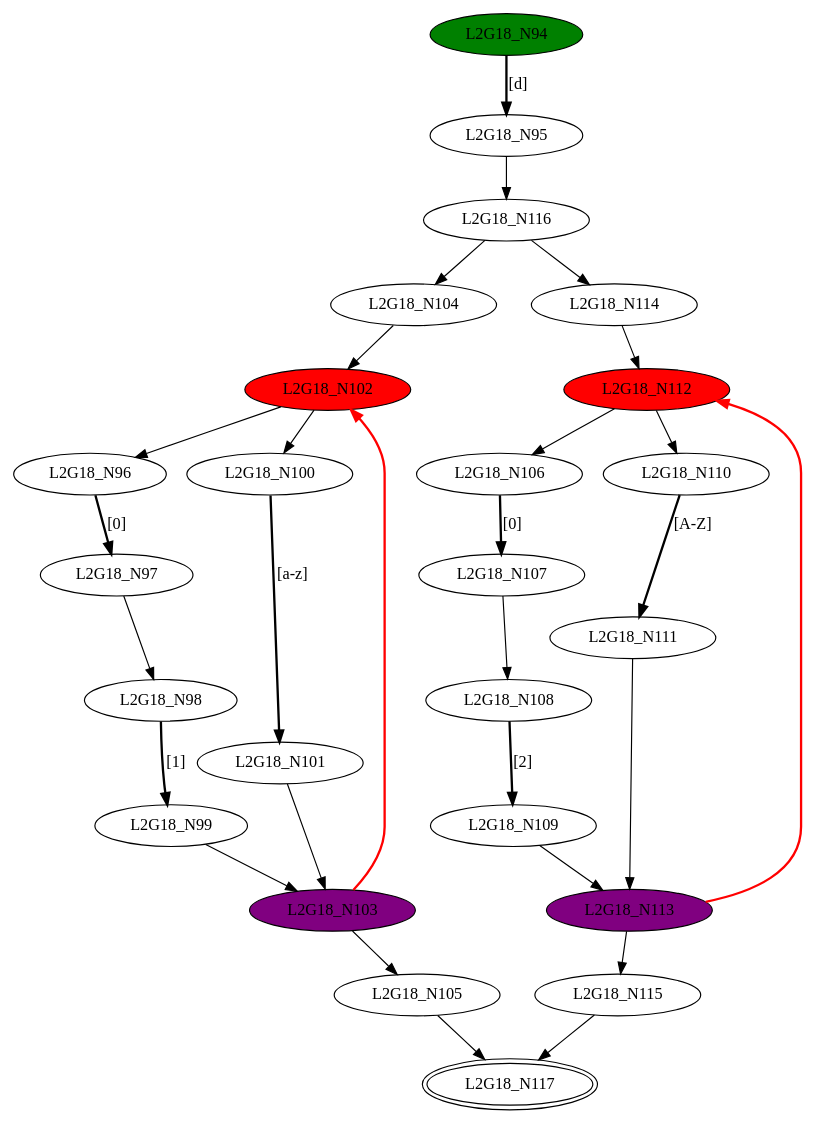
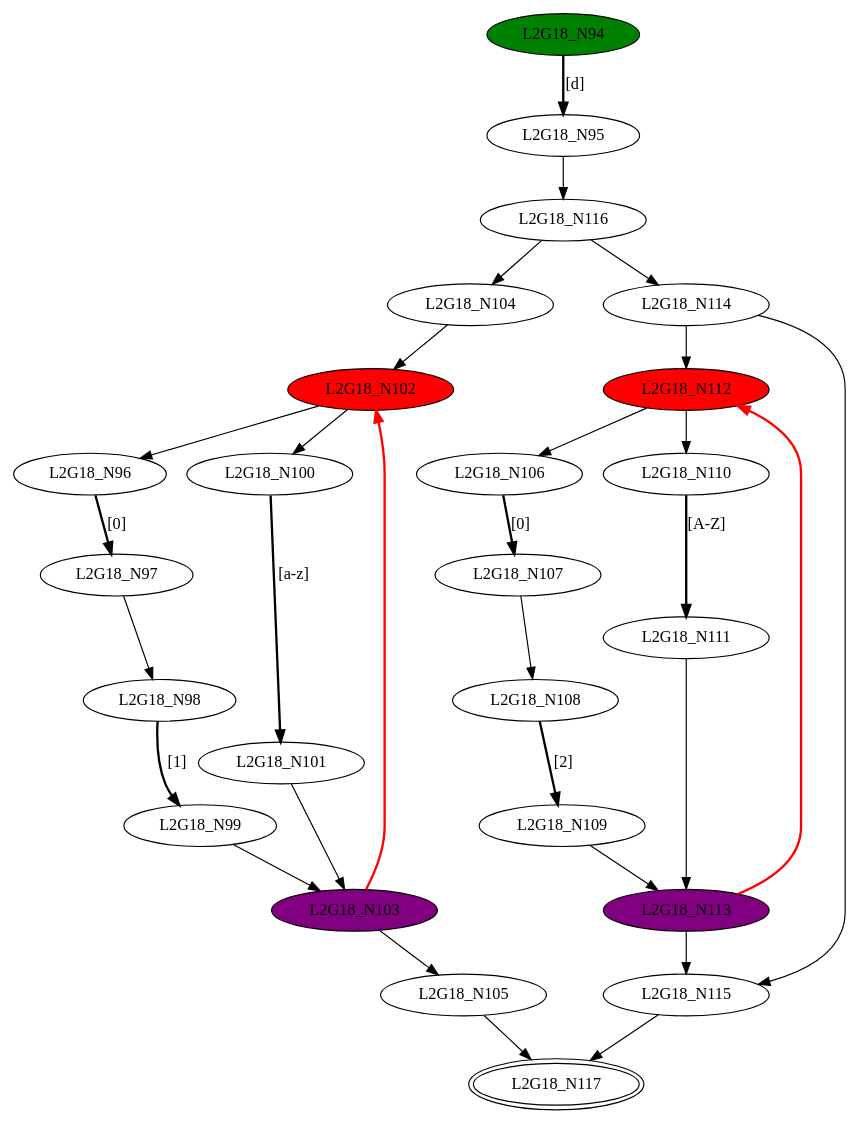
Before and after one commit to GDimitroulakos/EDUFLEX: the diagram in DFASimulator/Testbench/merge2.dot, drawn with Graphviz. The commit also changed 20 other files, not shown here.

```diff
--- a/DFASimulator/Testbench/merge2.dot
+++ b/DFASimulator/Testbench/merge2.dot
@@ -1,54 +1,55 @@
 digraph G18{
 "L2G18_N94" [style=filled,fillcolor=green];
 "L2G18_N95";
 "L2G18_N96";
 "L2G18_N97";
 "L2G18_N98";
 "L2G18_N99";
 "L2G18_N100";
 "L2G18_N101";
 "L2G18_N102" [style=filled,fillcolor=red];
 "L2G18_N103" [style=filled,fillcolor=purple];
 "L2G18_N104";
 "L2G18_N105";
 "L2G18_N106";
 "L2G18_N107";
 "L2G18_N108";
 "L2G18_N109";
 "L2G18_N110";
 "L2G18_N111";
 "L2G18_N112" [style=filled,fillcolor=red];
 "L2G18_N113" [style=filled,fillcolor=purple];
 "L2G18_N114";
 "L2G18_N115";
 "L2G18_N116";
 "L2G18_N117" [peripheries=2];
 "L2G18_N94"->"L2G18_N95" [style = bold, label = "[d]"];
 "L2G18_N96"->"L2G18_N97" [style = bold, label = "[0]"];
 "L2G18_N98"->"L2G18_N99" [style = bold, label = "[1]"];
 "L2G18_N97"->"L2G18_N98";
 "L2G18_N100"->"L2G18_N101" [style = bold, label = "[a-z]"];
 "L2G18_N102"->"L2G18_N96";
 "L2G18_N102"->"L2G18_N100";
 "L2G18_N101"->"L2G18_N103";
 "L2G18_N99"->"L2G18_N103";
 "L2G18_N104"->"L2G18_N102";
 "L2G18_N103"->"L2G18_N105";
 "L2G18_N103"->"L2G18_N102" [color=red,style = bold, label = ""];
 "L2G18_N106"->"L2G18_N107" [style = bold, label = "[0]"];
 "L2G18_N108"->"L2G18_N109" [style = bold, label = "[2]"];
 "L2G18_N107"->"L2G18_N108";
 "L2G18_N110"->"L2G18_N111" [style = bold, label = "[A-Z]"];
 "L2G18_N112"->"L2G18_N106";
 "L2G18_N112"->"L2G18_N110";
 "L2G18_N111"->"L2G18_N113";
 "L2G18_N109"->"L2G18_N113";
 "L2G18_N114"->"L2G18_N112";
 "L2G18_N113"->"L2G18_N115";
+"L2G18_N114"->"L2G18_N115";
 "L2G18_N113"->"L2G18_N112" [color=red,style = bold, label = ""];
 "L2G18_N116"->"L2G18_N104";
 "L2G18_N116"->"L2G18_N114";
 "L2G18_N115"->"L2G18_N117";
 "L2G18_N105"->"L2G18_N117";
 "L2G18_N95"->"L2G18_N116";
 }
```
